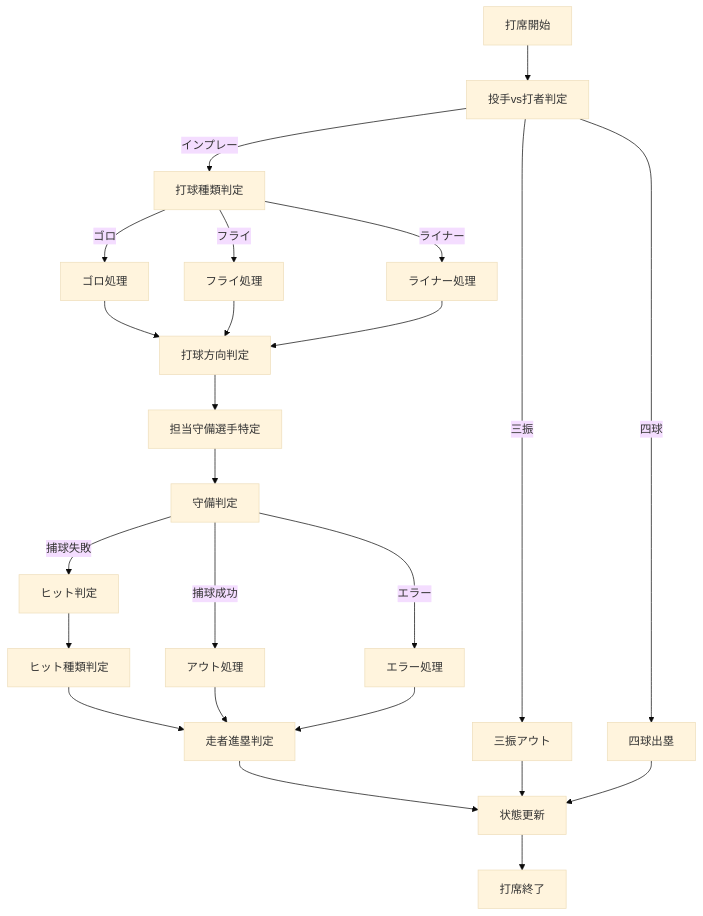
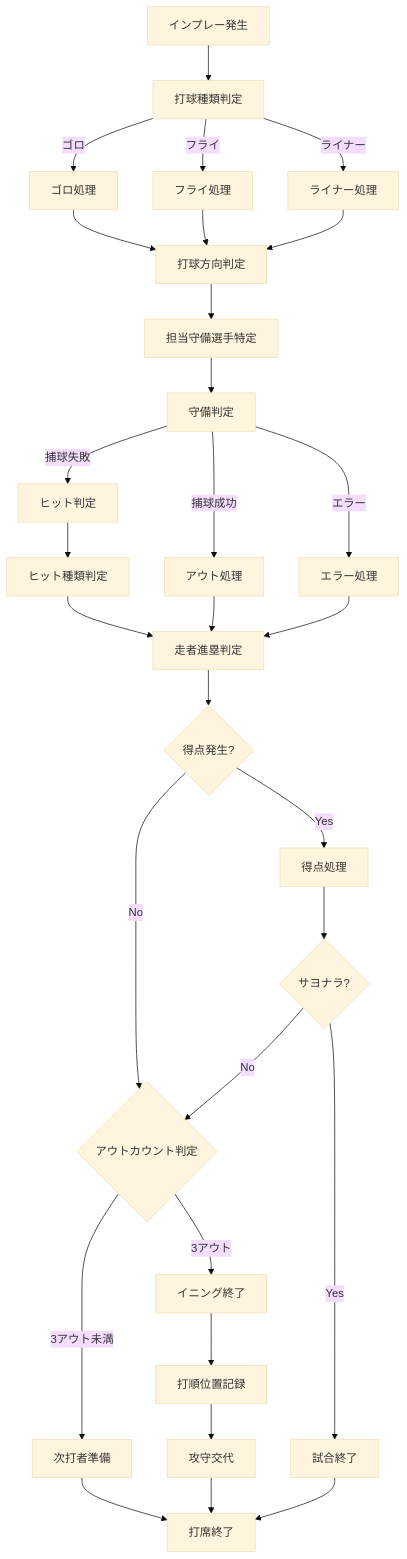
Before and after one commit to Sione/noraneko: the fourth of 5 diagrams in .kiro/specs/text-based-baseball-manager/design.md, drawn with Mermaid (base theme). The commit also changed other lines of this file and 3 other files, not shown here.

First line of the commit message:
Implement 1-ball unit judgment system and refine game flow mechanics

````diff
--- a/.kiro/specs/text-based-baseball-manager/design.md
+++ b/.kiro/specs/text-based-baseball-manager/design.md
@@ -169,34 +259,42 @@
 ```mermaid
 flowchart TB
-    Start[打席開始] --> PitcherVsBatter[投手vs打者判定]
-    PitcherVsBatter --> |三振| Strikeout[三振アウト]
-    PitcherVsBatter --> |四球| Walk[四球出塁]
-    PitcherVsBatter --> |インプレー| BallType[打球種類判定]
+    Start[インプレー発生] --> BallType[打球種類判定]
     
     BallType --> |ゴロ| GroundBall[ゴロ処理]
     BallType --> |フライ| FlyBall[フライ処理]
     BallType --> |ライナー| LineDrive[ライナー処理]
     
     GroundBall --> Direction[打球方向判定]
     FlyBall --> Direction
     LineDrive --> Direction
     
     Direction --> FielderAssign[担当守備選手特定]
     FielderAssign --> DefenseJudge[守備判定]
     
     DefenseJudge --> |捕球成功| Out[アウト処理]
     DefenseJudge --> |捕球失敗| Hit[ヒット判定]
     DefenseJudge --> |エラー| Error[エラー処理]
     
     Hit --> HitType[ヒット種類判定]
     HitType --> RunnerAdvance[走者進塁判定]
     
     Out --> RunnerAdvance
     Error --> RunnerAdvance
     
-    RunnerAdvance --> StateUpdate[状態更新]
-    StateUpdate --> End[打席終了]
+    RunnerAdvance --> ScoreCheck{得点発生?}
+    ScoreCheck --> |Yes| ScoreProcess[得点処理]
+    ScoreCheck --> |No| OutCheck
+    ScoreProcess --> SayonaraCheck{サヨナラ?}
+    SayonaraCheck --> |Yes| GameEnd[試合終了]
+    SayonaraCheck --> |No| OutCheck
     
-    Strikeout --> StateUpdate
-    Walk --> StateUpdate
+    OutCheck{アウトカウント判定} --> |3アウト| InningEnd[イニング終了]
+    OutCheck --> |3アウト未満| NextBatter[次打者準備]
+    
+    InningEnd --> RecordBattingOrder[打順位置記録]
+    RecordBattingOrder --> SideChange[攻守交代]
+    
+    NextBatter --> End[打席終了]
+    SideChange --> End
+    GameEnd --> End
 ```
````
